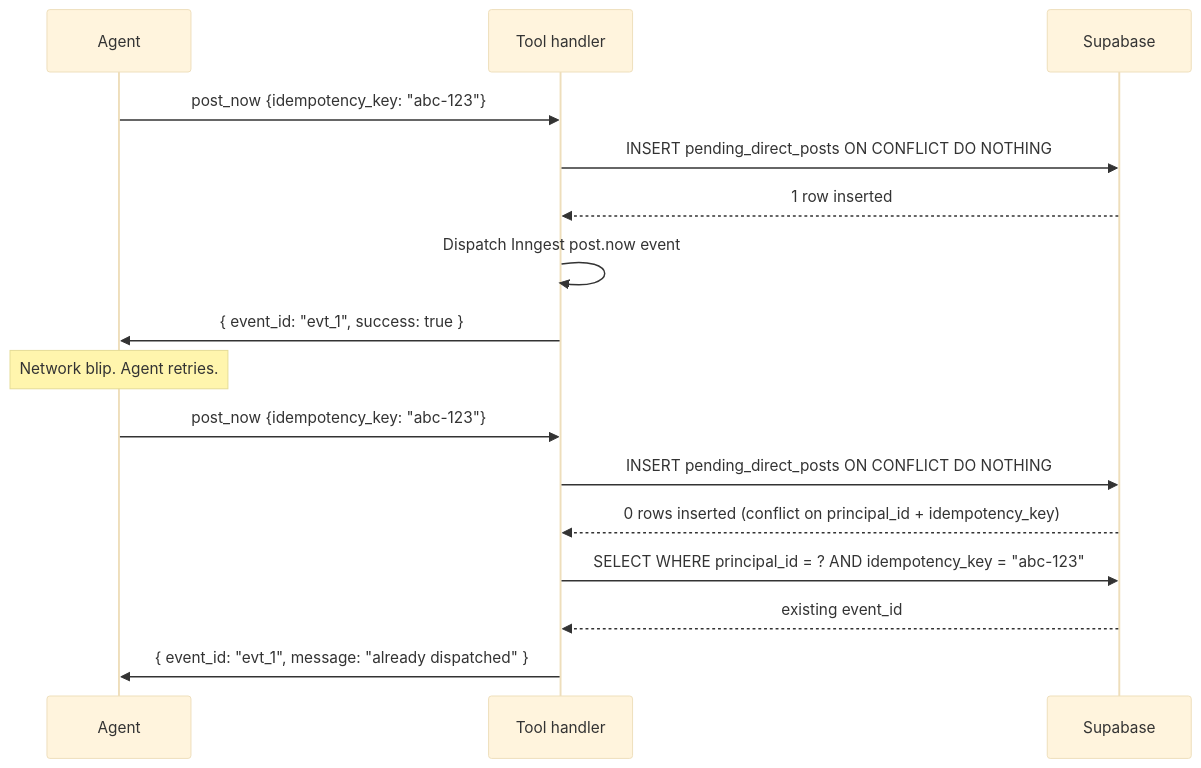
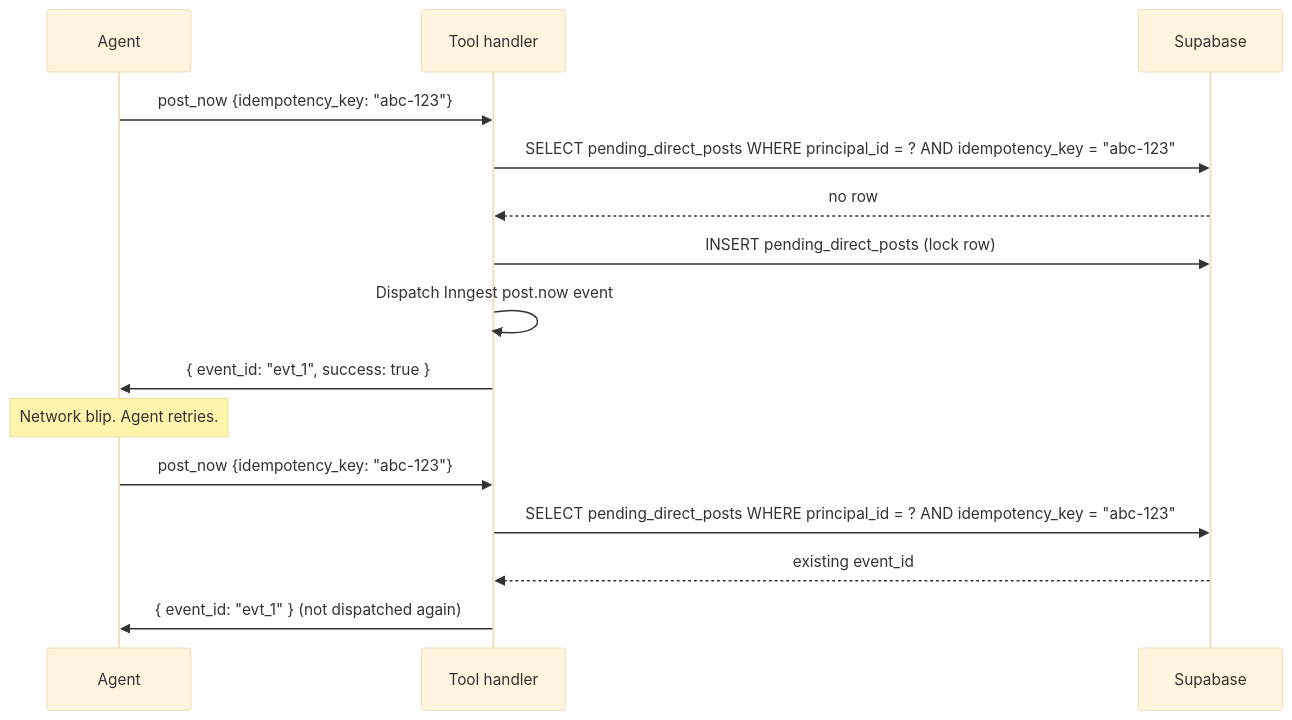
The third of 6 diagrams in docs/SECURITY.md (Andy00L/sharetopus), drawn with Mermaid (base theme) before and after one commit.

Commit message:
docs(security): match the post_now idempotency diagram to the code
post_now never used ON CONFLICT: dispatchPostNowEvents looks up the
key first and returns the existing event id without dispatching again.
The diagram now shows that lookup, matching the prose under it.

````diff
--- a/docs/SECURITY.md
+++ b/docs/SECURITY.md
@@ -162,21 +162,20 @@
 ```mermaid
 sequenceDiagram
     participant A as Agent
     participant T as Tool handler
     participant DB as Supabase
 
     A->>T: post_now {idempotency_key: "abc-123"}
-    T->>DB: INSERT pending_direct_posts ON CONFLICT DO NOTHING
-    DB-->>T: 1 row inserted
+    T->>DB: SELECT pending_direct_posts WHERE principal_id = ? AND idempotency_key = "abc-123"
+    DB-->>T: no row
+    T->>DB: INSERT pending_direct_posts (lock row)
     T->>T: Dispatch Inngest post.now event
     T->>A: { event_id: "evt_1", success: true }
 
     Note over A: Network blip. Agent retries.
 
     A->>T: post_now {idempotency_key: "abc-123"}
-    T->>DB: INSERT pending_direct_posts ON CONFLICT DO NOTHING
-    DB-->>T: 0 rows inserted (conflict on principal_id + idempotency_key)
-    T->>DB: SELECT WHERE principal_id = ? AND idempotency_key = "abc-123"
+    T->>DB: SELECT pending_direct_posts WHERE principal_id = ? AND idempotency_key = "abc-123"
     DB-->>T: existing event_id
-    T->>A: { event_id: "evt_1", message: "already dispatched" }
+    T->>A: { event_id: "evt_1" } (not dispatched again)
 ```
````
